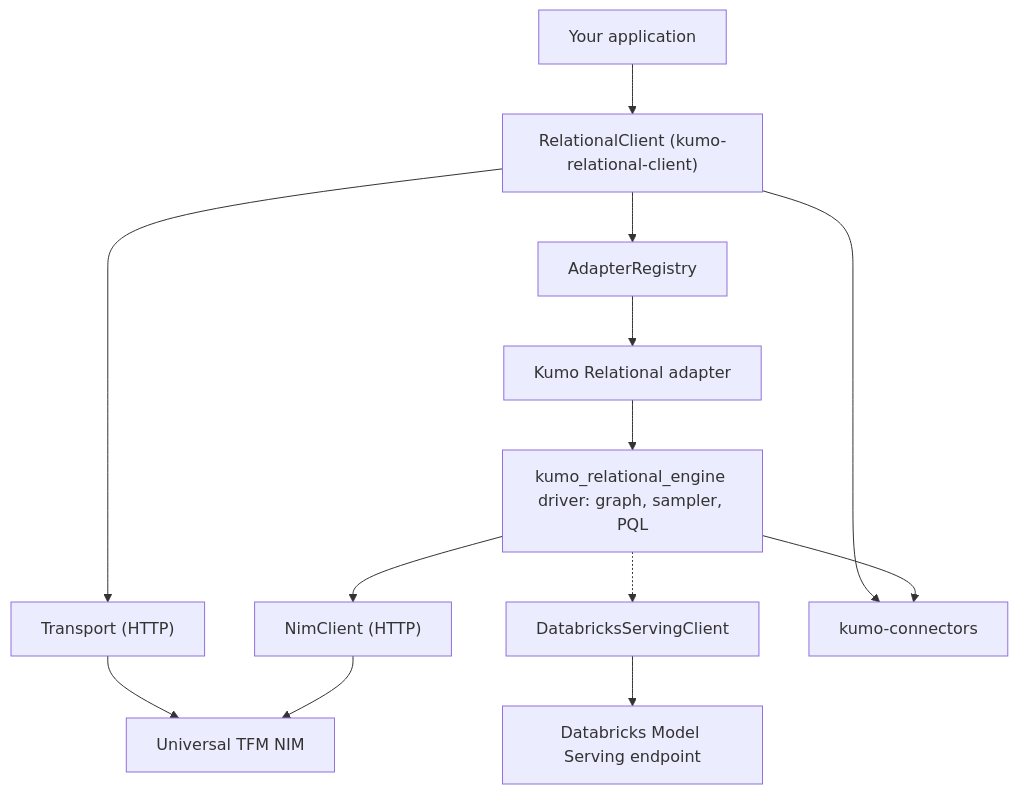
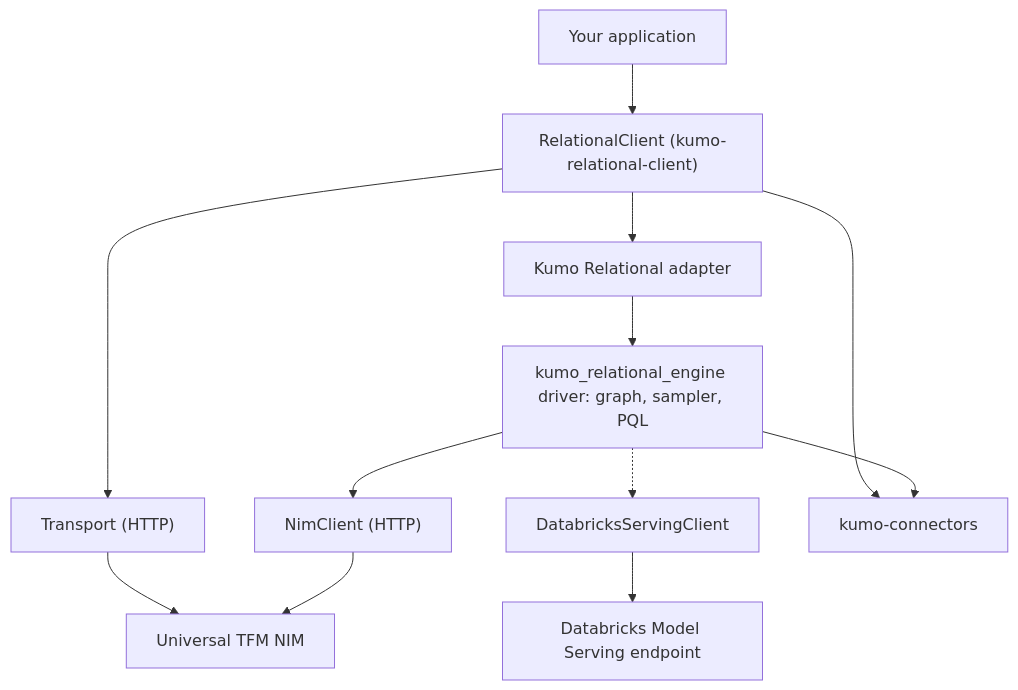
One commit to kumo-ai/kumo-relational-client changed the diagram in docs/about/architecture.md. Above: the diagram before and after it, drawn with Mermaid. The commit also changed other lines of this file and 17 other files, not shown here.

````diff
--- a/docs/about/architecture.md
+++ b/docs/about/architecture.md
@@ -15,15 +15,14 @@
 ```mermaid
 flowchart TD
     app["Your application"] --> client["RelationalClient (kumo-relational-client)"]
-    client --> registry["AdapterRegistry"]
-    registry --> rfm["Kumo Relational adapter"]
+    client --> rfm["Kumo Relational adapter"]
     rfm --> driver["kumo_relational_engine driver: graph, sampler, PQL"]
     client --> transport["Transport (HTTP)"]
     driver --> nimclient["NimClient (HTTP)"]
     driver -.-> serving["DatabricksServingClient"]
     transport --> nim["Universal TFM NIM"]
     nimclient --> nim
     serving --> endpoint["Databricks Model Serving endpoint"]
     client --> connectors["kumo-connectors"]
     driver --> connectors
 ```
````
